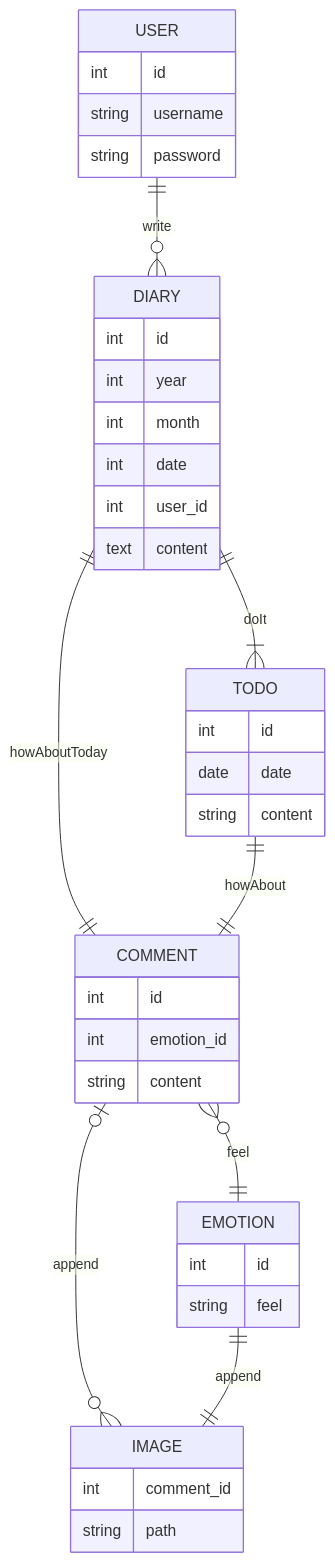
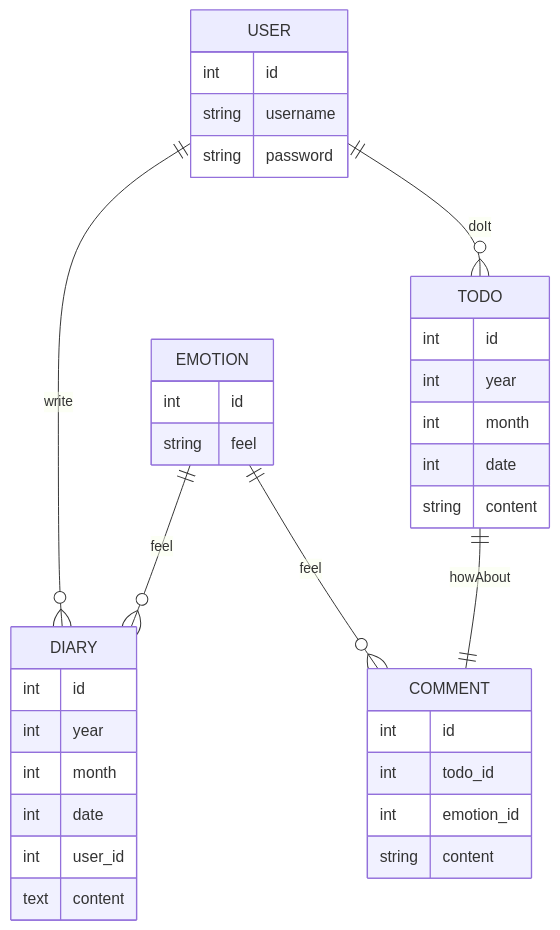
Before and after one commit to hy1203/teamproject2: the diagram in README.md, drawn with Mermaid.

Commit message:
[Refactor] DB 재디자인

````diff
--- a/README.md
+++ b/README.md
@@ -104,41 +104,38 @@
 ```mermaid
 erDiagram
-    USER {
-        int id
-        string username
-        string password
-    }
-    DIARY {  
-        int id
-        int year
-        int month
-        int date
-        int user_id
-        text content
-    }
-    TODO {
-        int id
-        date date
-        string content
-    }
-    COMMENT {
-        int id
-        int emotion_id
-        string content
-    }
-    EMOTION {
-        int id
-        string feel
-    }
-    IMAGE {
-        int comment_id
-        string path
-    }
-    USER ||--o{ DIARY : write
-    COMMENT |o--o{ IMAGE : append
-    DIARY ||--|{ TODO : doIt
-    DIARY ||--|| COMMENT : howAboutToday
-    TODO ||--|| COMMENT : howAbout
-    COMMENT }o--|| EMOTION : feel
-    EMOTION ||--|| IMAGE : append
+  USER {
+    int id
+    string username
+    string password
+  }
+  DIARY {
+    int id
+    int year
+    int month
+    int date
+    int user_id
+    text content
+  }
+  TODO {
+    int id
+    int year
+    int month
+    int date
+    string content
+  }
+  COMMENT {
+    int id
+    int todo_id
+    int emotion_id
+    string content
+  }
+  EMOTION {
+    int id
+    string feel
+  }
+  USER ||--o{ DIARY : write
+  USER ||--o{ TODO : doIt
+  EMOTION ||--o{ DIARY : feel
+  EMOTION ||--o{ COMMENT : feel
+  TODO ||--|| COMMENT : howAbout
 ```
````
